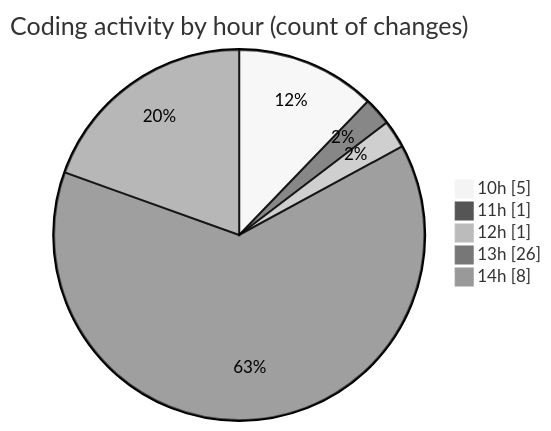
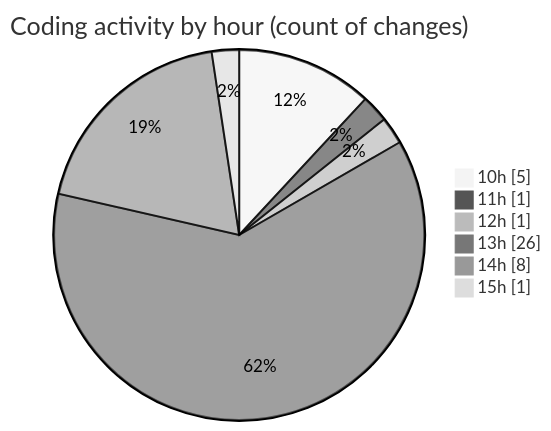
Before and after one commit to momahboobian/code-tracking: the second of 2 diagrams in 2026-04-21/cda/README.md, drawn with Mermaid (neutral theme). The commit also changed other lines of this file and 1 other file, not shown here.

````diff
--- a/2026-04-21/cda/README.md
+++ b/2026-04-21/cda/README.md
@@ -60,9 +62,10 @@
 ```mermaid
 pie showData
 title Coding activity by hour (count of changes)
 "10h" : 5
 "11h" : 1
 "12h" : 1
 "13h" : 26
 "14h" : 8
+"15h" : 1
 ```
````
